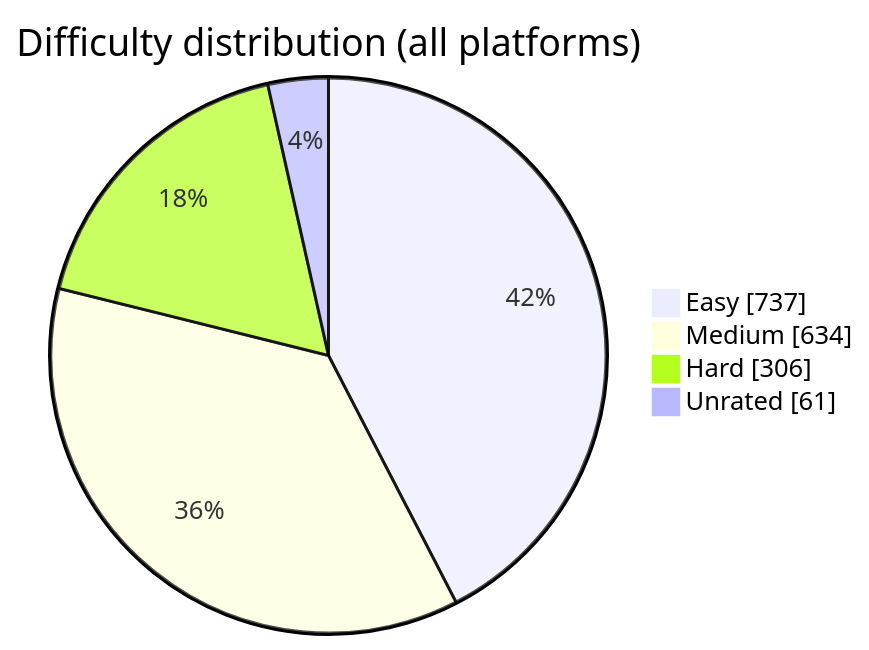
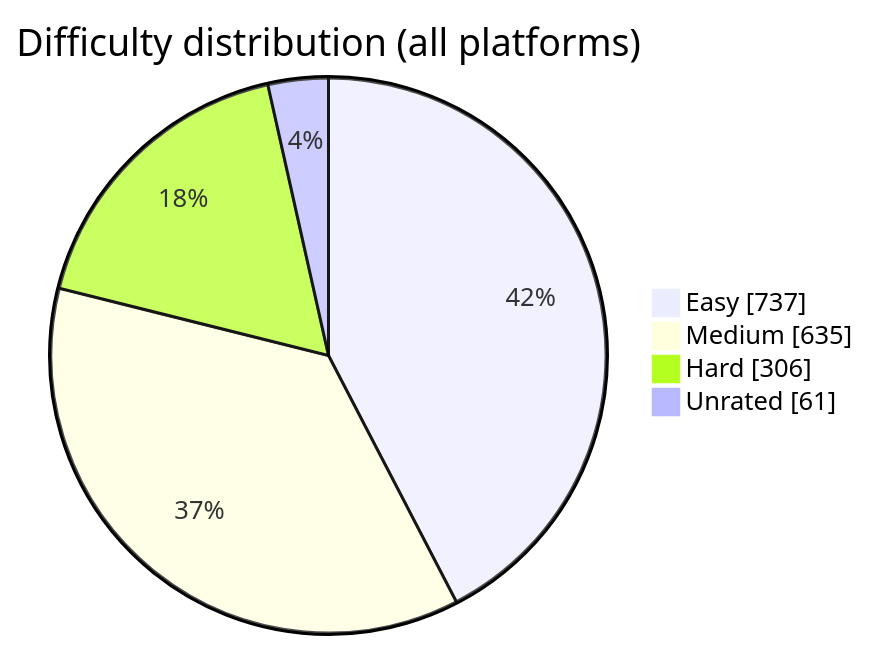
One commit to BuildbyArindam/Daily-Coding-Log changed the diagram in README.md. Above: the diagram before and after it, drawn with Mermaid. The commit also changed other lines of this file, not shown here.

````diff
--- a/README.md
+++ b/README.md
@@ -93,7 +93,7 @@
 ```mermaid
 pie showData title Difficulty distribution (all platforms)
     "Easy" : 737
-    "Medium" : 634
+    "Medium" : 635
     "Hard" : 306
     "Unrated" : 61
 ```
````
